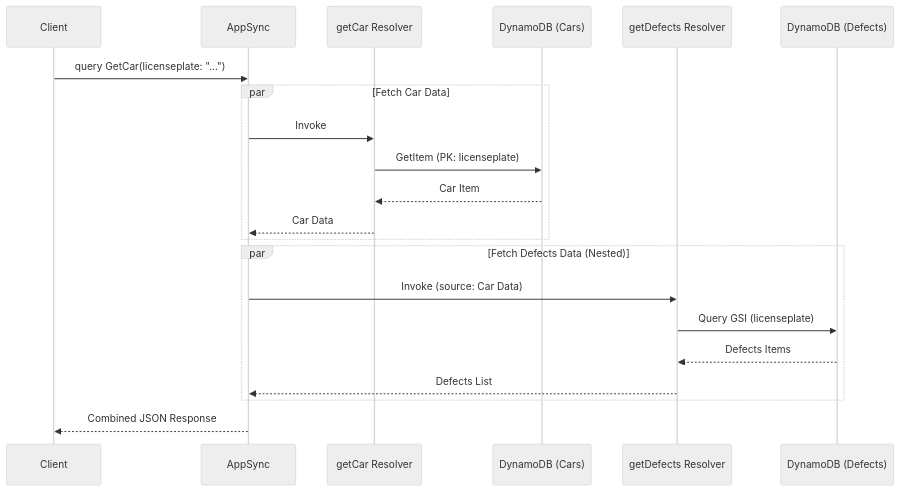
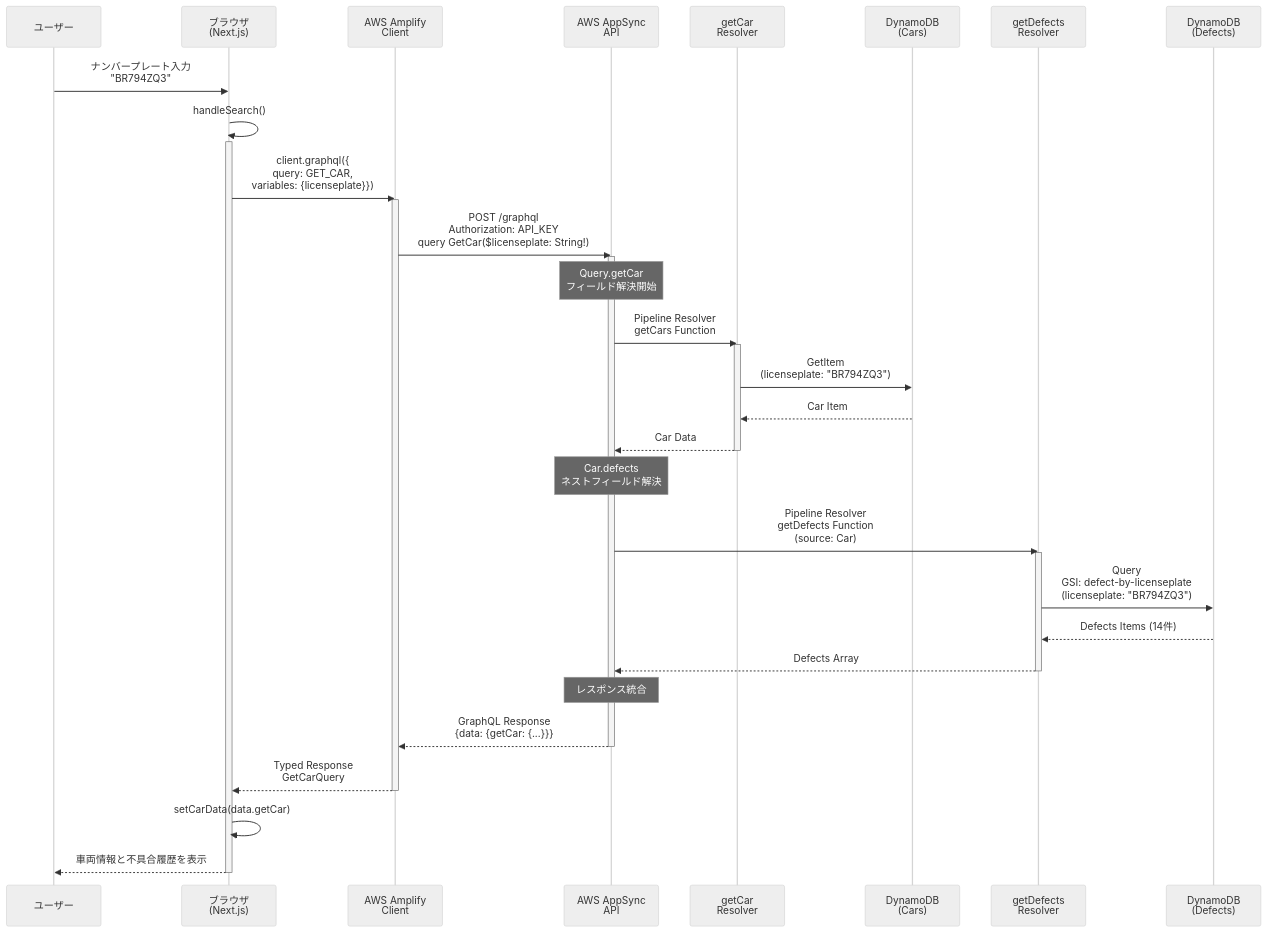
One commit to mashharuki/AppSyncSample-2 changed the second of 2 diagrams in README.md. Above: the diagram before and after it, drawn with Mermaid (neutral theme). The commit also changed other lines of this file, not shown here.

````diff
--- a/README.md
+++ b/README.md
@@ -42,27 +126,51 @@
 ```mermaid
 sequenceDiagram
-    participant Client
-    participant AppSync
-    participant CarsResolver as getCar Resolver
-    participant CarsTable as DynamoDB (Cars)
-    participant DefectsResolver as getDefects Resolver
-    participant DefectsTable as DynamoDB (Defects)
+    participant User as ユーザー
+    participant Browser as ブラウザ<br/>(Next.js)
+    participant Amplify as AWS Amplify<br/>Client
+    participant AppSync as AWS AppSync<br/>API
+    participant GetCarResolver as getCar<br/>Resolver
+    participant CarsTable as DynamoDB<br/>(Cars)
+    participant GetDefectsResolver as getDefects<br/>Resolver
+    participant DefectsTable as DynamoDB<br/>(Defects)
 
-    Client->>AppSync: query GetCar(licenseplate: "...")
-    
-    par Fetch Car Data
-        AppSync->>CarsResolver: Invoke
-        CarsResolver->>CarsTable: GetItem (PK: licenseplate)
-        CarsTable-->>CarsResolver: Car Item
-        CarsResolver-->>AppSync: Car Data
-    end
+    User->>Browser: ナンバープレート入力<br/>"BR794ZQ3"
+    Browser->>Browser: handleSearch()
+    activate Browser
 
-    par Fetch Defects Data (Nested)
-        AppSync->>DefectsResolver: Invoke (source: Car Data)
-        DefectsResolver->>DefectsTable: Query GSI (licenseplate)
-        DefectsTable-->>DefectsResolver: Defects Items
-        DefectsResolver-->>AppSync: Defects List
-    end
+    Browser->>Amplify: client.graphql({<br/>query: GET_CAR,<br/>variables: {licenseplate}})
+    activate Amplify
 
-    AppSync-->>Client: Combined JSON Response
+    Amplify->>AppSync: POST /graphql<br/>Authorization: API_KEY<br/>query GetCar($licenseplate: String!)
+    activate AppSync
+
+    Note over AppSync: Query.getCar<br/>フィールド解決開始
+
+    AppSync->>GetCarResolver: Pipeline Resolver<br/>getCars Function
+    activate GetCarResolver
+    GetCarResolver->>CarsTable: GetItem<br/>(licenseplate: "BR794ZQ3")
+    CarsTable-->>GetCarResolver: Car Item
+    GetCarResolver-->>AppSync: Car Data
+    deactivate GetCarResolver
+
+    Note over AppSync: Car.defects<br/>ネストフィールド解決
+
+    AppSync->>GetDefectsResolver: Pipeline Resolver<br/>getDefects Function<br/>(source: Car)
+    activate GetDefectsResolver
+    GetDefectsResolver->>DefectsTable: Query<br/>GSI: defect-by-licenseplate<br/>(licenseplate: "BR794ZQ3")
+    DefectsTable-->>GetDefectsResolver: Defects Items (14件)
+    GetDefectsResolver-->>AppSync: Defects Array
+    deactivate GetDefectsResolver
+
+    Note over AppSync: レスポンス統合
+
+    AppSync-->>Amplify: GraphQL Response<br/>{data: {getCar: {...}}}
+    deactivate AppSync
+
+    Amplify-->>Browser: Typed Response<br/>GetCarQuery
+    deactivate Amplify
+
+    Browser->>Browser: setCarData(data.getCar)
+    Browser-->>User: 車両情報と不具合履歴を表示
+    deactivate Browser
 ```
````
